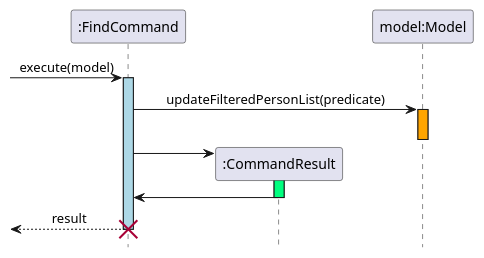
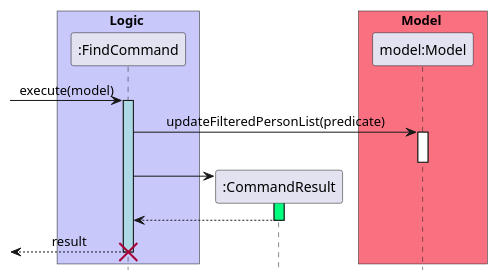
Before and after one commit to nus-cs2103-AY2223S2/tp: the diagram in uml/sequence_diagrams/find_command.puml, drawn with PlantUML. The commit also changed 23 other files, not shown here.

Commit message:
Fix sequence diagram inconsistencies

```diff
--- a/uml/sequence_diagrams/find_command.puml
+++ b/uml/sequence_diagrams/find_command.puml
@@ -1,28 +1,34 @@
-@startuml  find_command
+@startuml  FindSequenceDiagram
 
+box Logic #C8C8FA
 participant ":FindCommand" as FindCommand  order 1
+end box
+
+box Model #F97181
 participant "model:Model" as Model order 3
+end box
 participant ":CommandResult" as CommandResult order 2
+
 [-> FindCommand : execute(model)
 activate FindCommand #LightBlue
 FindCommand -> Model : updateFilteredPersonList(predicate) 
-activate Model #Orange
+activate Model 
 deactivate Model
 create CommandResult
 FindCommand -> CommandResult 
 
 activate CommandResult #SpringGreen
-CommandResult -> FindCommand
+CommandResult --> FindCommand
 deactivate CommandResult
 ' FindCommand --> [ : result
 [<--FindCommand : result
 deactivate FindCommand
 destroy FindCommand
 hide footbox
 skinparam MinClassWidth 50
 skinparam ParticipantPadding 10
 skinparam Shadowing false
 skinparam DefaultTextAlignment center
 skinparam packageStyle Rectangle
 
 @enduml
```
